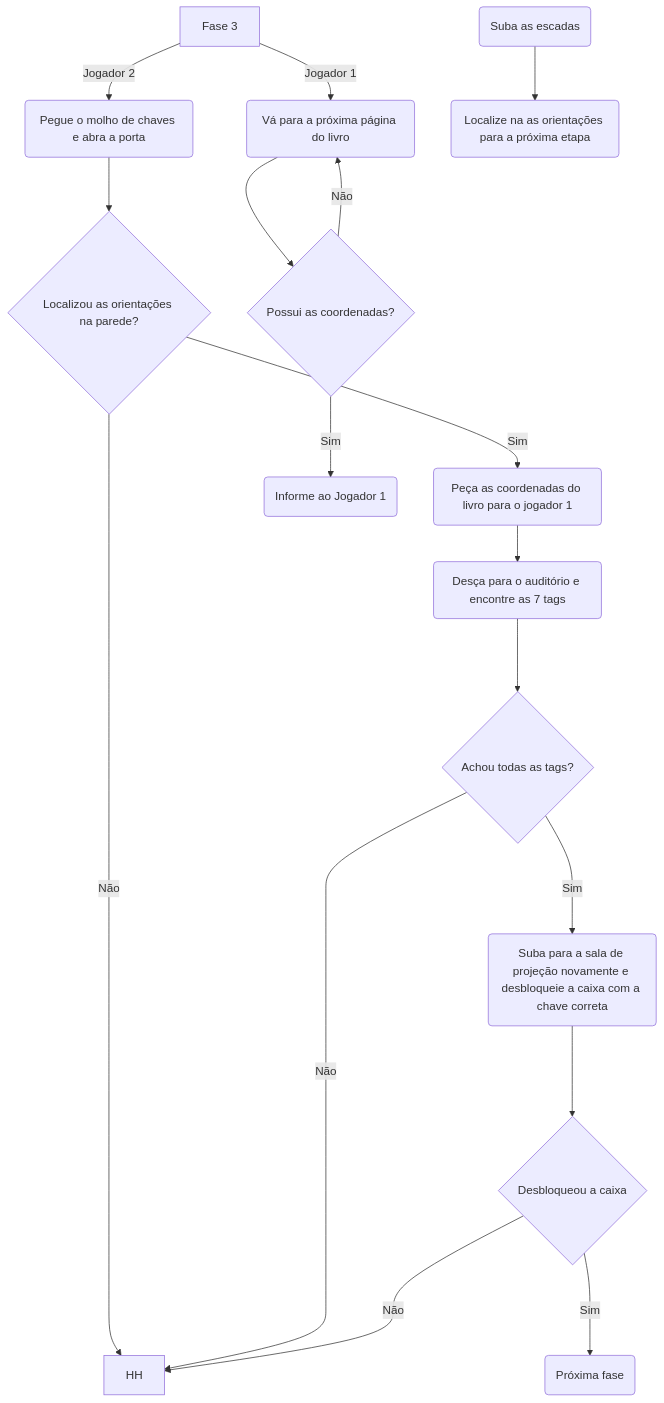
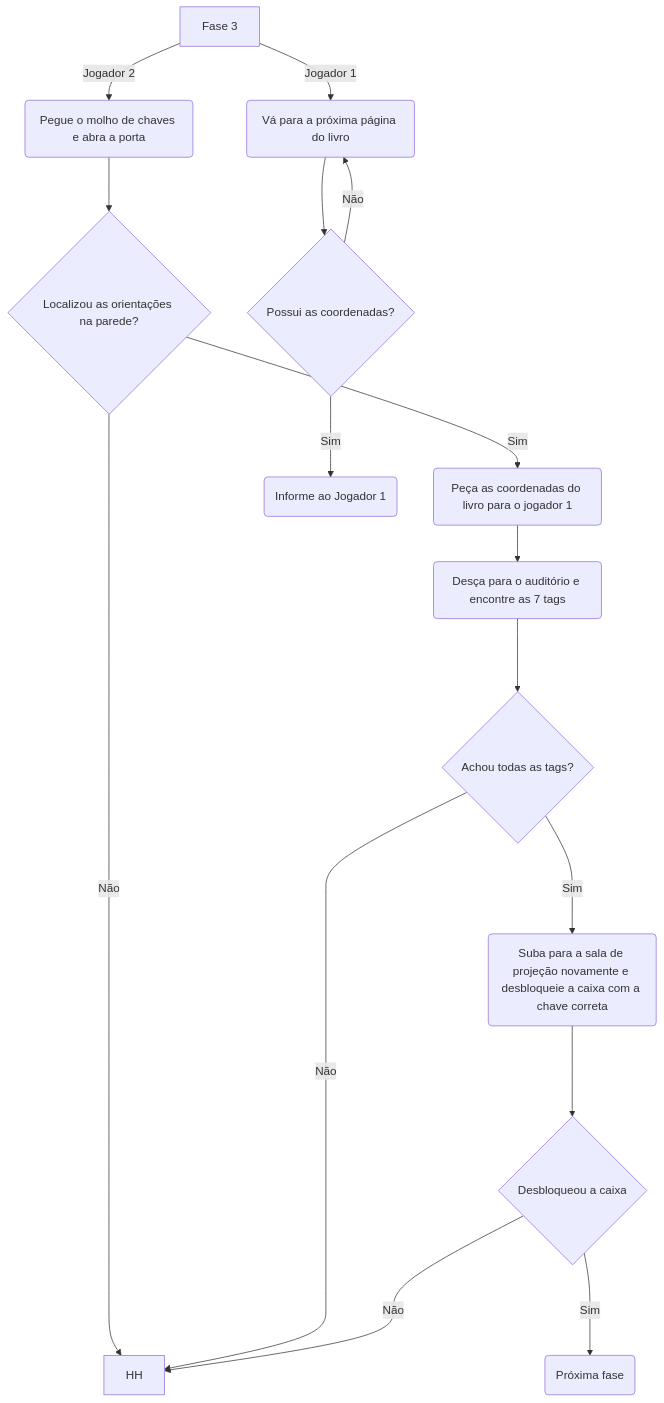
The fourth of 4 diagrams in README.md (DinamicCreative/EscapeRoom), drawn with Mermaid before and after one commit.

````diff
--- a/README.md
+++ b/README.md
@@ -110,25 +110,24 @@
 ```mermaid
 flowchart TD
   AA[Fase 3]
   AA --> |Jogador 1| BB(Vá para a próxima página do livro)
   AA --> |Jogador 2| CC(Pegue o molho de chaves e abra a porta)
   CC --> DD{Localizou as orientações na parede?}
  
  DD --> |Sim| LL(Peça as coordenadas do livro para o jogador 1)
 DD --> |Não| HH
 
 
- EE(Suba as escadas) --> JJ(Localize na as orientações para a próxima etapa)
  LL --> AAA(Desça para o auditório e encontre as 7 tags)
  AAA ---> BBB{Achou todas as tags?}
  BBB ---> |Não| HH
  BBB ---> |Sim| CCC(Suba para a sala de projeção novamente e desbloqueie a caixa com a chave correta)
  CCC ---> DDD{Desbloqueou a caixa}
  DDD ---> |Sim| EEE(Próxima fase)
  DDD ---> |Não| HH
 
 BB --> RR{Possui as coordenadas?}
 RR -->  |Sim| SS(Informe ao Jogador 1)
 RR -->  |Não| BB
 
 ```
````
